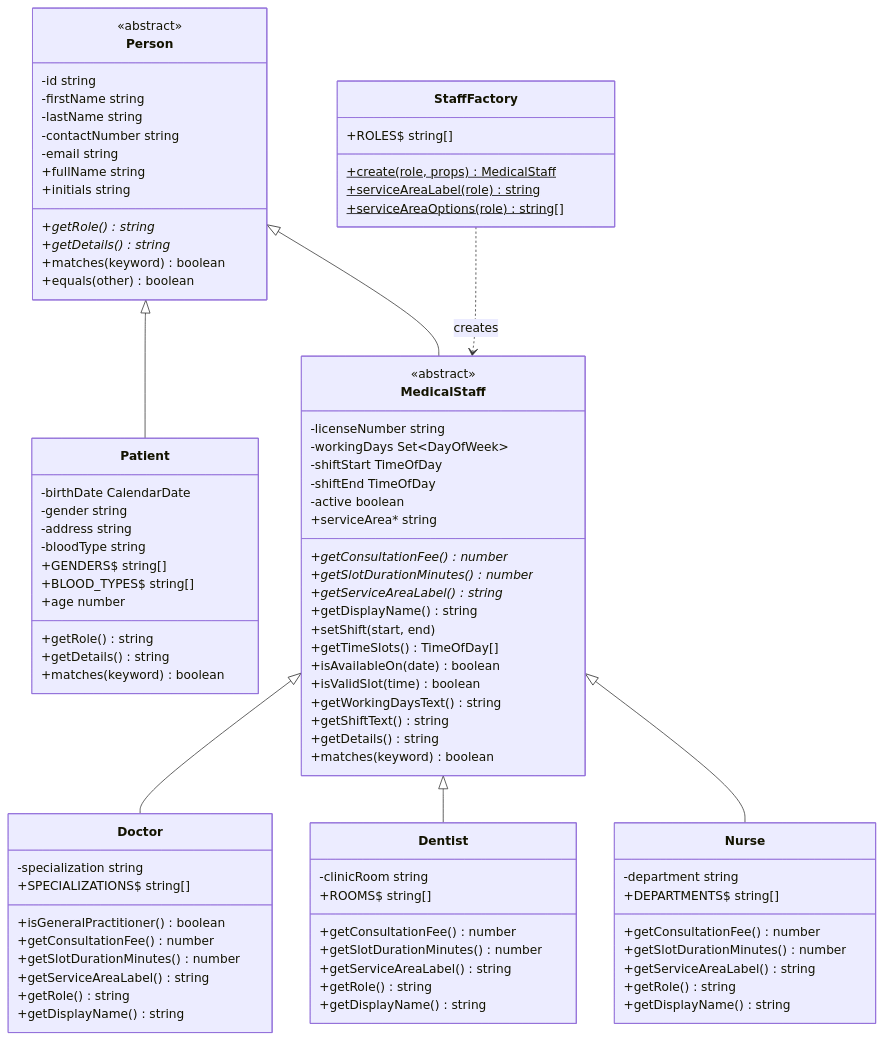
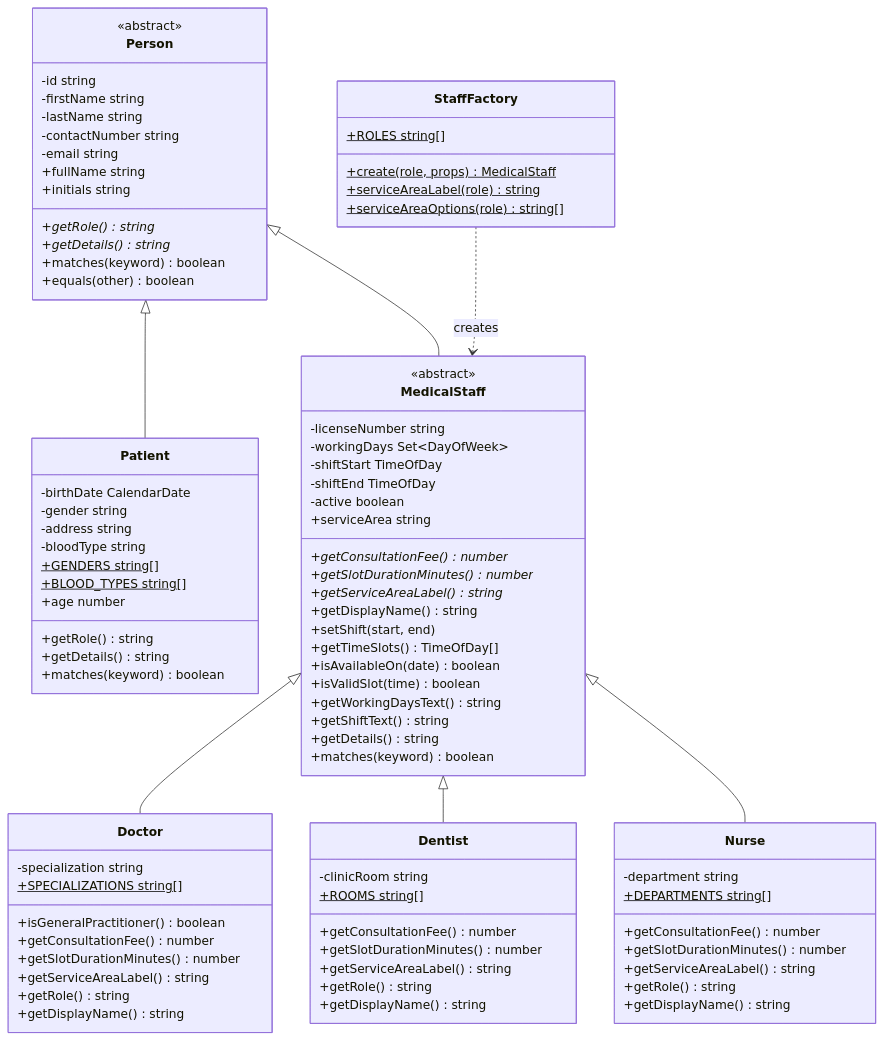
The second of 7 diagrams in docs/DOCUMENTATION.md (0325-1244-tech/Clinic-Appointment-Management-System), drawn with Mermaid before and after one commit. The commit also changed 25 other files, not shown here.

First line of the commit message:
Add README, screenshots and diagram images for the web version

```diff
--- a/docs/DOCUMENTATION.md
+++ b/docs/DOCUMENTATION.md
@@ -135,8 +135,8 @@
     -gender string
     -address string
     -bloodType string
-    +GENDERS$ string[]
-    +BLOOD_TYPES$ string[]
+    +GENDERS string[]$
+    +BLOOD_TYPES string[]$
     +age number
     +getRole() string
     +getDetails() string
@@ -152,7 +152,7 @@
     +getConsultationFee()* number
     +getSlotDurationMinutes()* number
     +getServiceAreaLabel()* string
-    +serviceArea* string
+    +serviceArea string
     +getDisplayName() string
     +setShift(start, end)
     +getTimeSlots() TimeOfDay[]
@@ -165,7 +165,7 @@
   }
   class Doctor {
     -specialization string
-    +SPECIALIZATIONS$ string[]
+    +SPECIALIZATIONS string[]$
     +isGeneralPractitioner() boolean
     +getConsultationFee() number
     +getSlotDurationMinutes() number
@@ -175,7 +175,7 @@
   }
   class Dentist {
     -clinicRoom string
-    +ROOMS$ string[]
+    +ROOMS string[]$
     +getConsultationFee() number
     +getSlotDurationMinutes() number
     +getServiceAreaLabel() string
@@ -184,7 +184,7 @@
   }
   class Nurse {
     -department string
-    +DEPARTMENTS$ string[]
+    +DEPARTMENTS string[]$
     +getConsultationFee() number
     +getSlotDurationMinutes() number
     +getServiceAreaLabel() string
@@ -192,7 +192,7 @@
     +getDisplayName() string
   }
   class StaffFactory {
-    +ROLES$ string[]
+    +ROLES string[]$
     +create(role, props)$ MedicalStaff
     +serviceAreaLabel(role)$ string
     +serviceAreaOptions(role)$ string[]
```
